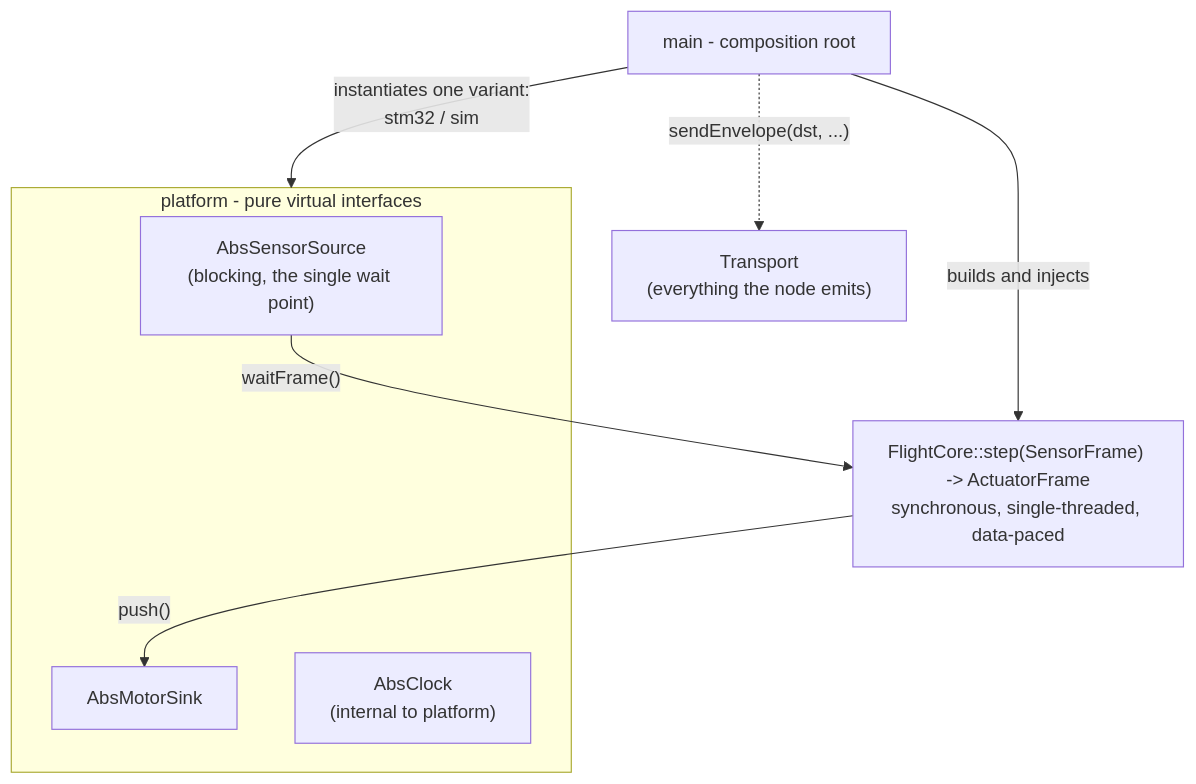
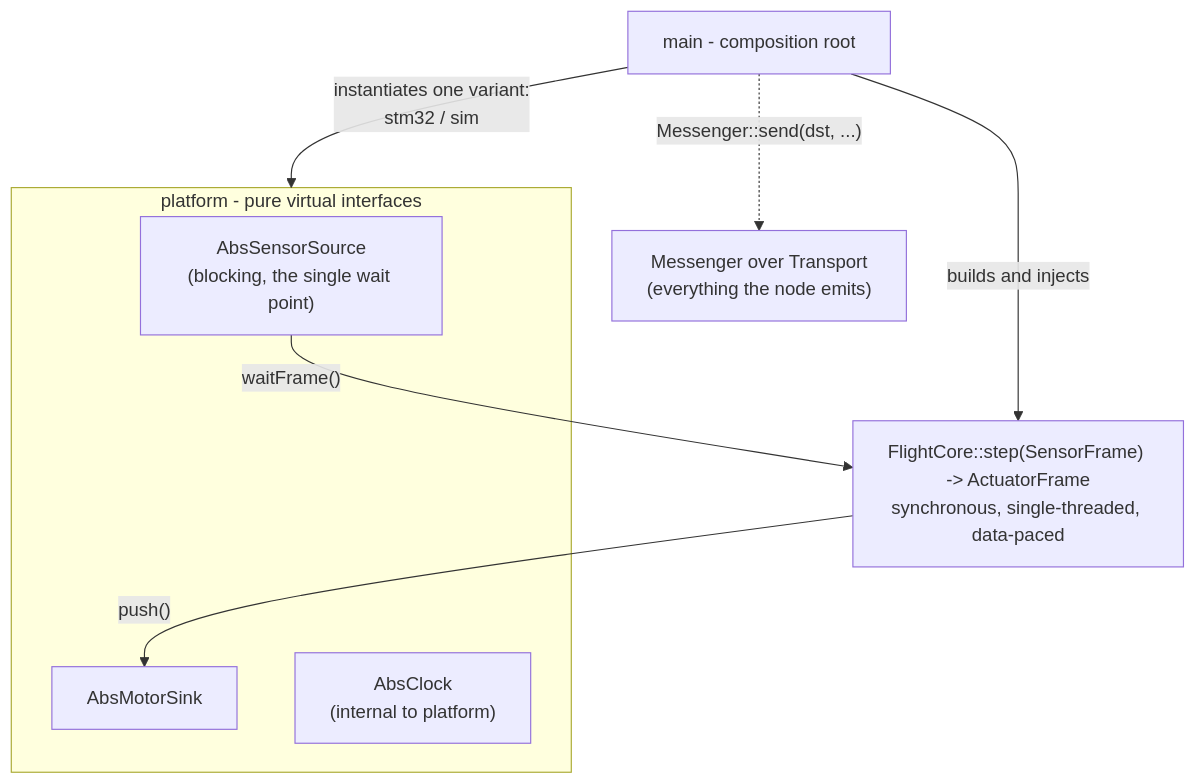
The second of 2 diagrams in docs/architecture.md (Keyrim/drone-mark4), drawn with Mermaid before and after one commit. The commit also changed other lines of this file and 15 other files, not shown here.

````diff
--- a/docs/architecture.md
+++ b/docs/architecture.md
@@ -52,19 +55,19 @@
 ```mermaid
 flowchart TB
     MAIN["main - composition root"]
     CORE["FlightCore::step(SensorFrame) -> ActuatorFrame<br/>synchronous, single-threaded, data-paced"]
 
     subgraph platform["platform - pure virtual interfaces"]
         SRC["AbsSensorSource<br/>(blocking, the single wait point)"]
         SINK["AbsMotorSink"]
         CLK["AbsClock<br/>(internal to platform)"]
     end
 
-    TR["Transport<br/>(everything the node emits)"]
+    TR["Messenger over Transport<br/>(everything the node emits)"]
 
     MAIN -->|"builds and injects"| CORE
     MAIN -->|"instantiates one variant:<br/>stm32 / sim"| platform
     SRC -->|"waitFrame()"| CORE
     CORE -->|"push()"| SINK
-    MAIN -.->|"sendEnvelope(dst, ...)"| TR
+    MAIN -.->|"Messenger::send(dst, ...)"| TR
 ```
````
